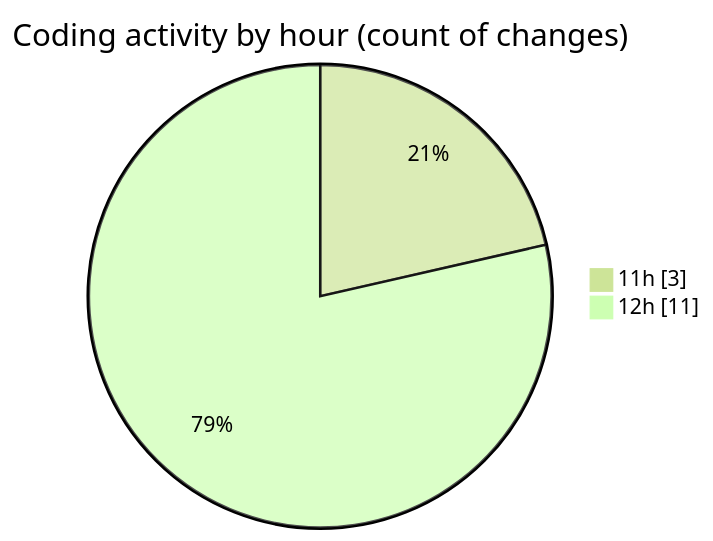
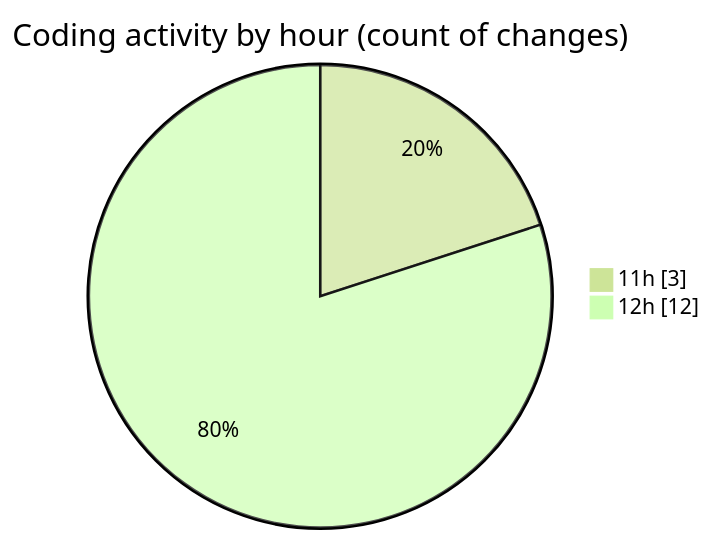
The second of 2 diagrams in 2025-11-11/diba-view/README.md (momahboobian/code-tracking), drawn with Mermaid (forest theme) before and after one commit. The commit also changed other lines of this file and 1 other file, not shown here.

````diff
--- a/2025-11-11/diba-view/README.md
+++ b/2025-11-11/diba-view/README.md
@@ -30,6 +32,6 @@
 ```mermaid
 pie showData
 title Coding activity by hour (count of changes)
 "11h" : 3
-"12h" : 11
+"12h" : 12
 ```
````
